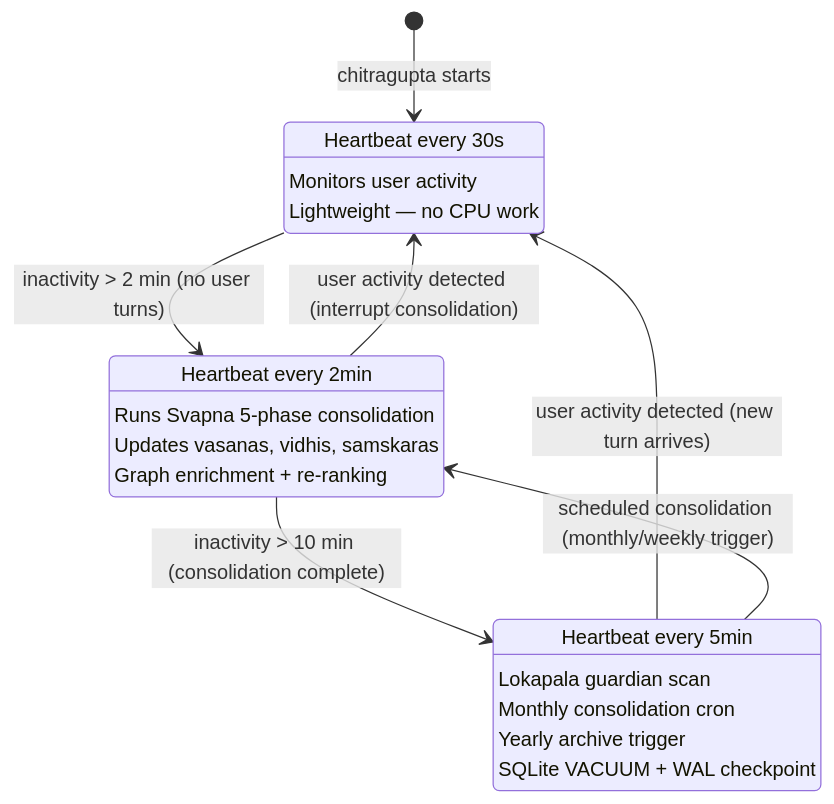
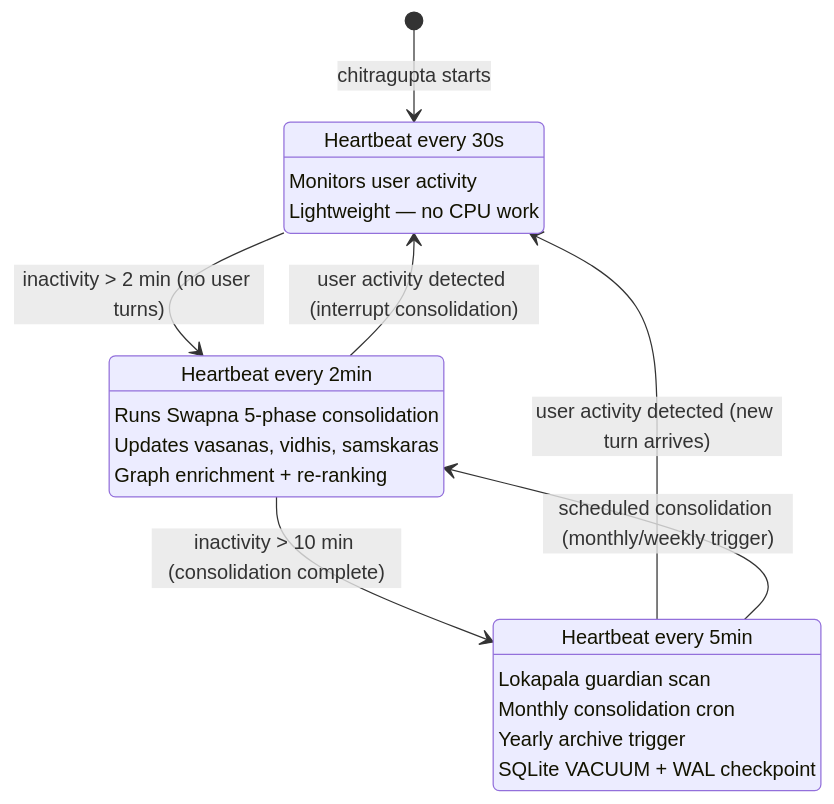
Before and after one commit to sriinnu/chitragupta: the second of 4 diagrams in docs/ARCHITECTURE.md, drawn with Mermaid. The commit also changed other lines of this file and 30 other files, not shown here.

First line of the commit message:
refactor: rename svapna→swapna across codebase (correct Sanskrit spelling)

````diff
--- a/docs/ARCHITECTURE.md
+++ b/docs/ARCHITECTURE.md
@@ -340,25 +340,25 @@
 ```mermaid
 stateDiagram-v2
     [*] --> LISTENING: chitragupta starts
 
     LISTENING: Heartbeat every 30s
     LISTENING: Monitors user activity
     LISTENING: Lightweight — no CPU work
 
     DREAMING: Heartbeat every 2min
-    DREAMING: Runs Svapna 5-phase consolidation
+    DREAMING: Runs Swapna 5-phase consolidation
     DREAMING: Updates vasanas, vidhis, samskaras
     DREAMING: Graph enrichment + re-ranking
 
     DEEP_SLEEP: Heartbeat every 5min
     DEEP_SLEEP: Lokapala guardian scan
     DEEP_SLEEP: Monthly consolidation cron
     DEEP_SLEEP: Yearly archive trigger
     DEEP_SLEEP: SQLite VACUUM + WAL checkpoint
 
     LISTENING --> DREAMING: inactivity > 2 min (no user turns)
     DREAMING --> DEEP_SLEEP: inactivity > 10 min (consolidation complete)
     DEEP_SLEEP --> LISTENING: user activity detected (new turn arrives)
     DREAMING --> LISTENING: user activity detected (interrupt consolidation)
     DEEP_SLEEP --> DREAMING: scheduled consolidation (monthly/weekly trigger)
 ```
````
